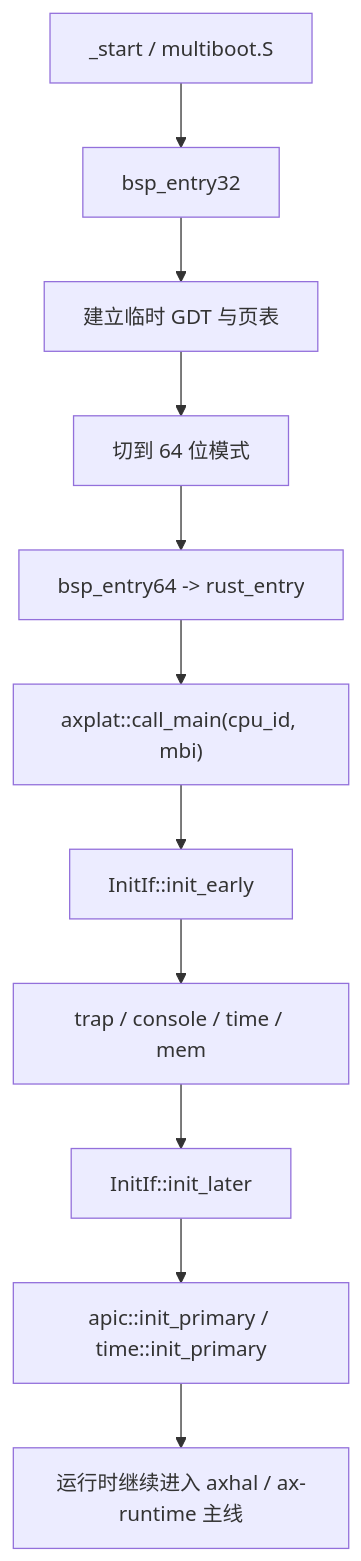
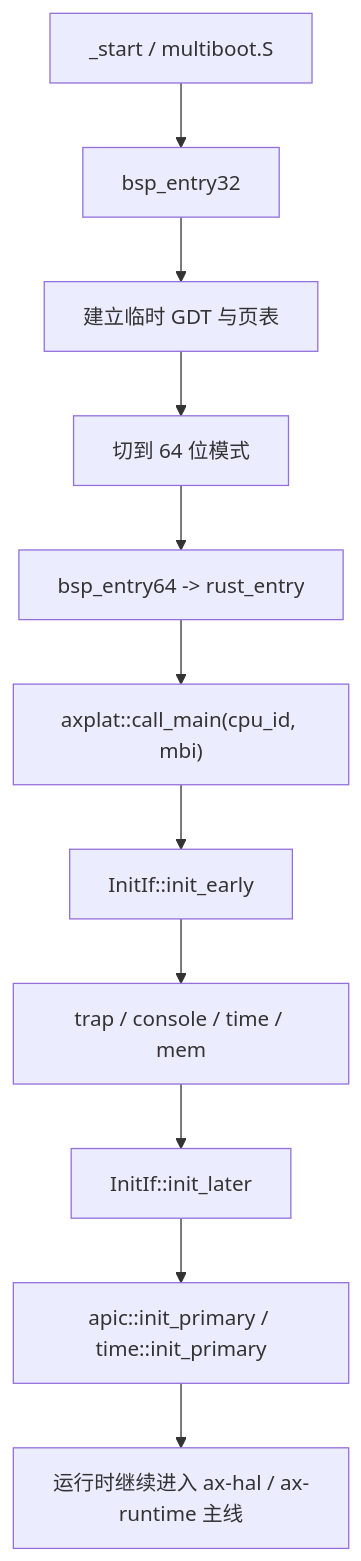
The first of 3 diagrams in docs/crates/axplat-x86-pc.md (zKurisu/tgoskits), drawn with Mermaid before and after one commit. The commit also changed other lines of this file and 158 other files, not shown here.

Commit message:
rename axhal to ax-hal

````diff
--- a/docs/crates/axplat-x86-pc.md
+++ b/docs/crates/axplat-x86-pc.md
@@ -46,13 +46,13 @@
 ```mermaid
 flowchart TD
     A["_start / multiboot.S"] --> B["bsp_entry32"]
     B --> C["建立临时 GDT 与页表"]
     C --> D["切到 64 位模式"]
     D --> E["bsp_entry64 -> rust_entry"]
     E --> F["axplat::call_main(cpu_id, mbi)"]
     F --> G["InitIf::init_early"]
     G --> H["trap / console / time / mem"]
     H --> I["InitIf::init_later"]
     I --> J["apic::init_primary / time::init_primary"]
-    J --> K["运行时继续进入 axhal / ax-runtime 主线"]
+    J --> K["运行时继续进入 ax-hal / ax-runtime 主线"]
 ```
````
